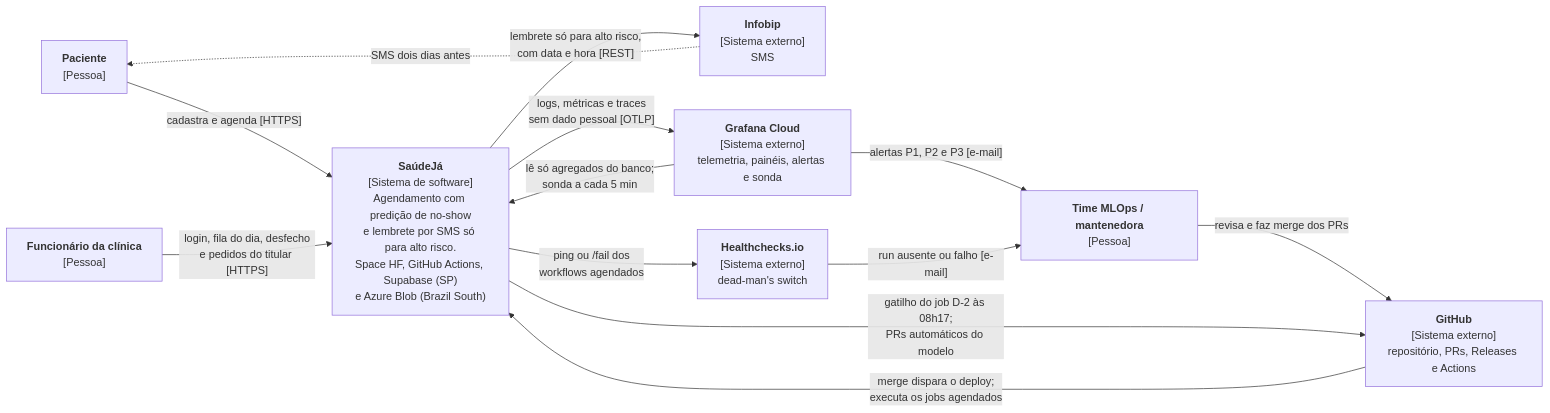
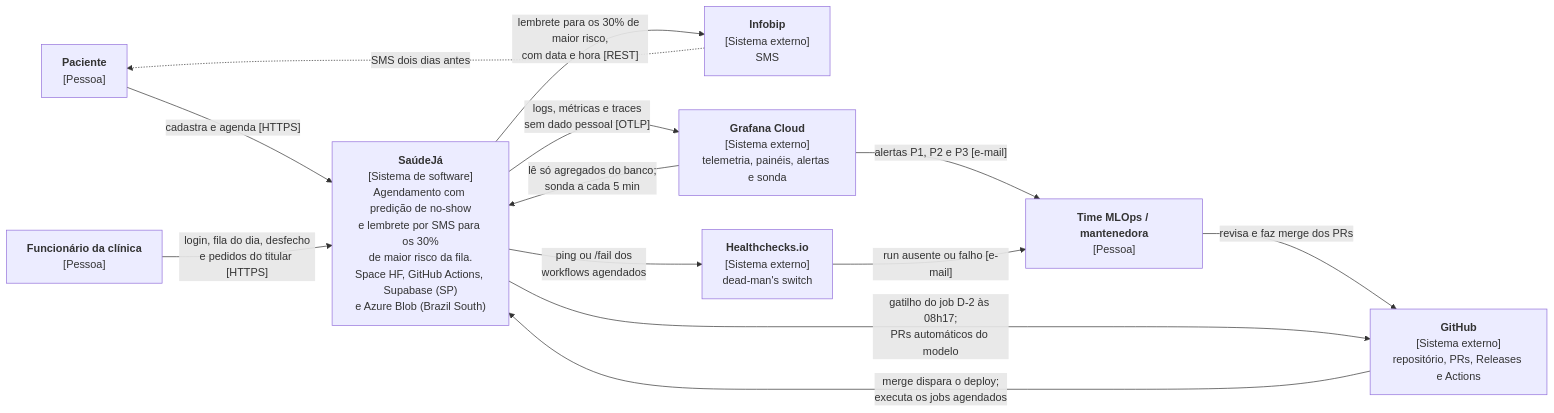
One commit to VL-in/ai-factory-saudeja changed the diagram in docs/architecture.md. Above: the diagram before and after it, drawn with Mermaid. The commit also changed other lines of this file and 6 other files, not shown here.

````diff
--- a/docs/architecture.md
+++ b/docs/architecture.md
@@ -125,26 +125,26 @@
 ```mermaid
 flowchart LR
     Paciente["<b>Paciente</b><br/>[Pessoa]"]
     Funcionario["<b>Funcionário da clínica</b><br/>[Pessoa]"]
     MLOps["<b>Time MLOps / mantenedora</b><br/>[Pessoa]"]
 
-    Sys["<b>SaúdeJá</b><br/>[Sistema de software]<br/>Agendamento com predição de no-show<br/>e lembrete por SMS só para alto risco.<br/>Space HF, GitHub Actions, Supabase (SP)<br/>e Azure Blob (Brazil South)"]
+    Sys["<b>SaúdeJá</b><br/>[Sistema de software]<br/>Agendamento com predição de no-show<br/>e lembrete por SMS para os 30%<br/>de maior risco da fila.<br/>Space HF, GitHub Actions, Supabase (SP)<br/>e Azure Blob (Brazil South)"]
 
     GitHub["<b>GitHub</b><br/>[Sistema externo]<br/>repositório, PRs, Releases e Actions"]
     Infobip["<b>Infobip</b><br/>[Sistema externo]<br/>SMS"]
     Grafana["<b>Grafana Cloud</b><br/>[Sistema externo]<br/>telemetria, painéis, alertas e sonda"]
     Healthchecks["<b>Healthchecks.io</b><br/>[Sistema externo]<br/>dead-man's switch"]
 
     Paciente -->|"cadastra e agenda [HTTPS]"| Sys
     Funcionario -->|"login, fila do dia, desfecho<br/>e pedidos do titular [HTTPS]"| Sys
-    Sys -->|"lembrete só para alto risco,<br/>com data e hora [REST]"| Infobip
+    Sys -->|"lembrete para os 30% de maior risco,<br/>com data e hora [REST]"| Infobip
     Infobip -.->|"SMS dois dias antes"| Paciente
     Sys -->|"logs, métricas e traces<br/>sem dado pessoal [OTLP]"| Grafana
     Grafana -->|"lê só agregados do banco;<br/>sonda a cada 5 min"| Sys
     Grafana -->|"alertas P1, P2 e P3 [e-mail]"| MLOps
     Sys -->|"ping ou /fail dos<br/>workflows agendados"| Healthchecks
     Healthchecks -->|"run ausente ou falho [e-mail]"| MLOps
     MLOps -->|"revisa e faz merge dos PRs"| GitHub
     GitHub -->|"merge dispara o deploy;<br/>executa os jobs agendados"| Sys
     Sys -->|"gatilho do job D-2 às 08h17;<br/>PRs automáticos do modelo"| GitHub
 ```
````
